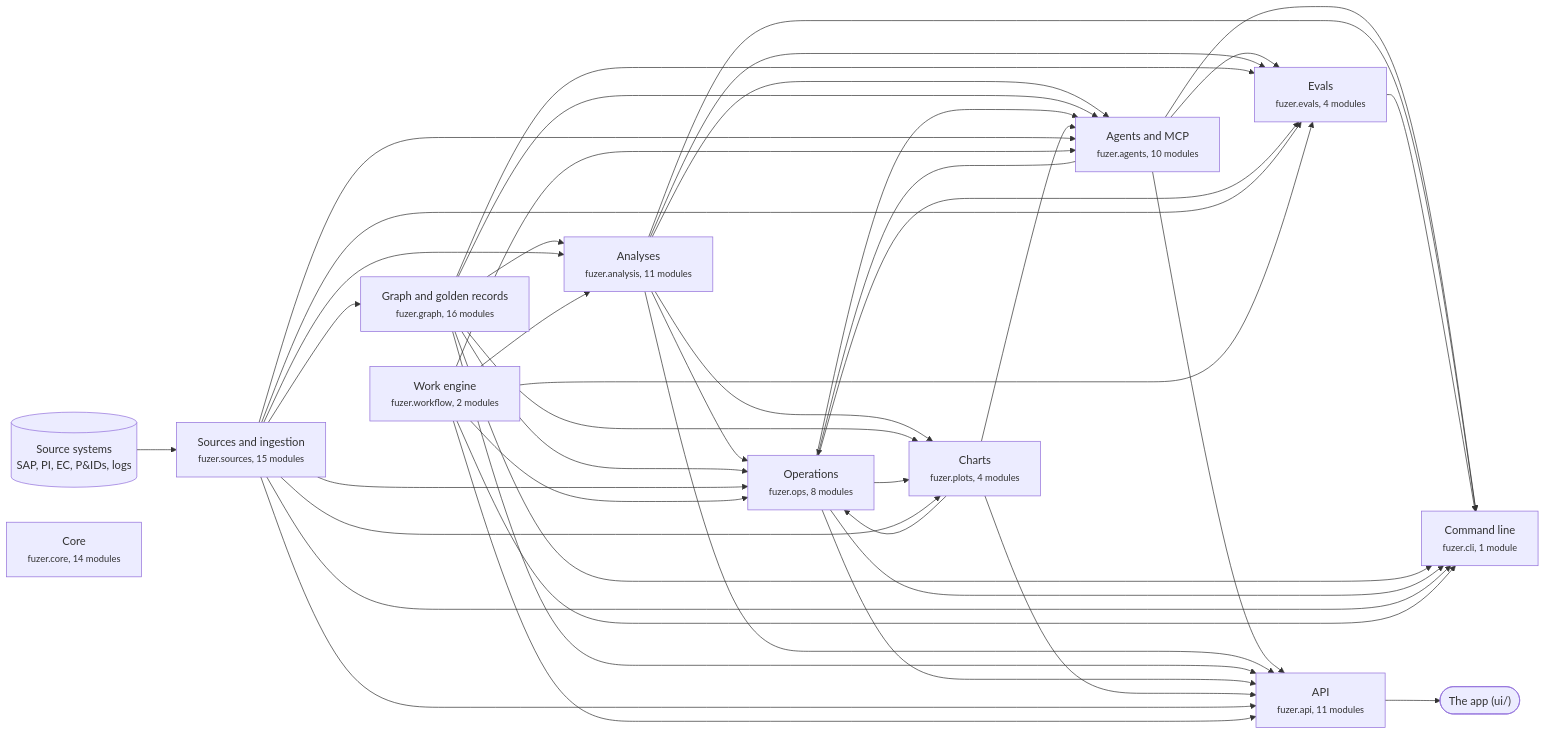
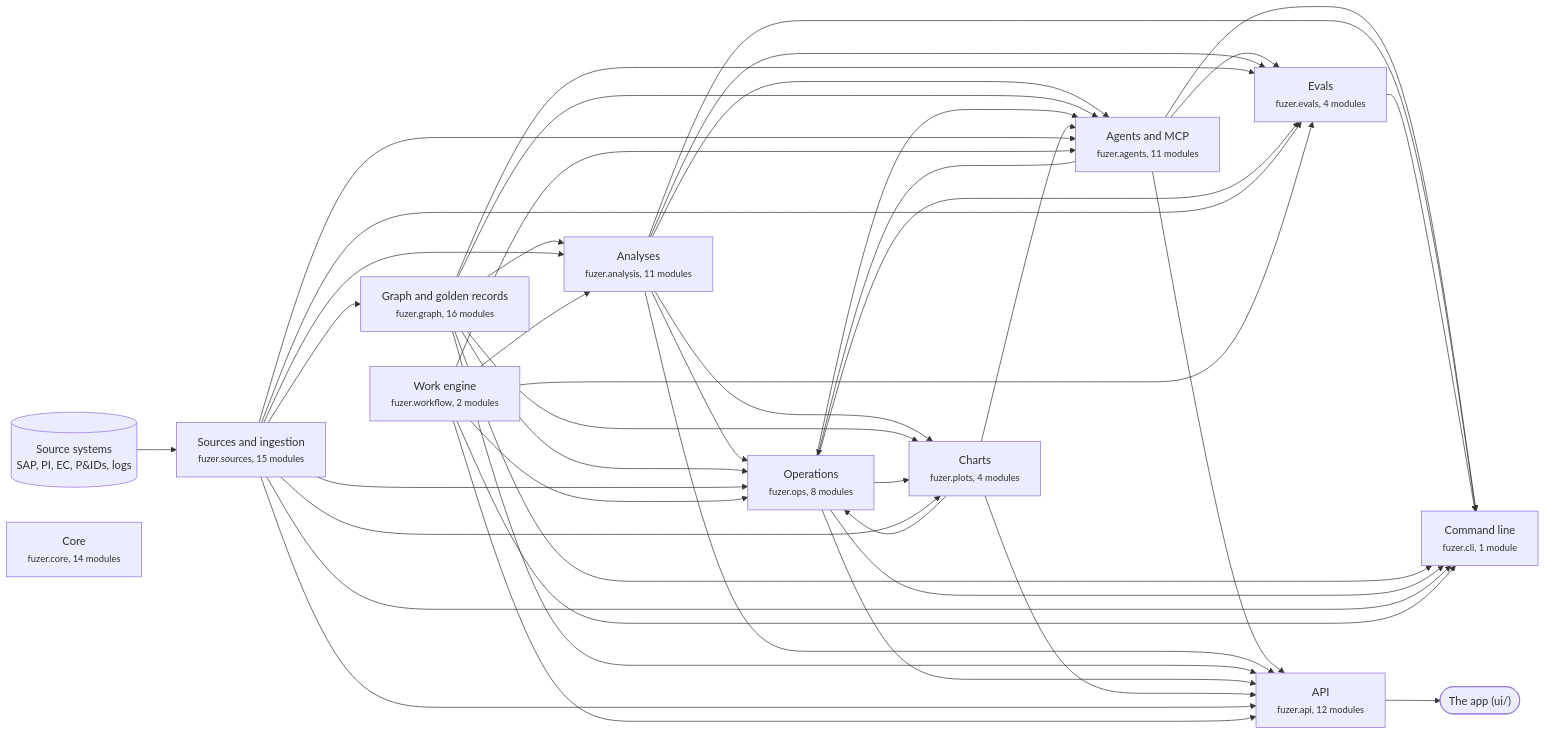
One commit to areed145/fuzer changed the first of 3 diagrams in docs/architecture.md. Above: the diagram before and after it, drawn with Mermaid. The commit also changed other lines of this file and 12 other files, not shown here.

````diff
--- a/docs/architecture.md
+++ b/docs/architecture.md
@@ -8,68 +8,68 @@
 ```mermaid
 flowchart LR
   systems[("Source systems<br>SAP, PI, EC, P&IDs, logs")] --> c_sources
   app(["The app (ui/)"])
   c_api --> app
   c_sources["Sources and ingestion<br><small>fuzer.sources, 15 modules</small>"]
   c_graph["Graph and golden records<br><small>fuzer.graph, 16 modules</small>"]
   c_analysis["Analyses<br><small>fuzer.analysis, 11 modules</small>"]
   c_ops["Operations<br><small>fuzer.ops, 8 modules</small>"]
   c_plots["Charts<br><small>fuzer.plots, 4 modules</small>"]
   c_workflow["Work engine<br><small>fuzer.workflow, 2 modules</small>"]
-  c_agents["Agents and MCP<br><small>fuzer.agents, 10 modules</small>"]
+  c_agents["Agents and MCP<br><small>fuzer.agents, 11 modules</small>"]
   c_evals["Evals<br><small>fuzer.evals, 4 modules</small>"]
-  c_api["API<br><small>fuzer.api, 11 modules</small>"]
+  c_api["API<br><small>fuzer.api, 12 modules</small>"]
   c_cli["Command line<br><small>fuzer.cli, 1 module</small>"]
   c_core["Core<br><small>fuzer.core, 14 modules</small>"]
   c_sources --> c_graph
   c_graph --> c_analysis
   c_sources --> c_analysis
   c_workflow --> c_analysis
   c_agents --> c_ops
   c_analysis --> c_ops
   c_graph --> c_ops
   c_plots --> c_ops
   c_sources --> c_ops
   c_workflow --> c_ops
   c_analysis --> c_plots
   c_graph --> c_plots
   c_ops --> c_plots
   c_sources --> c_plots
   c_analysis --> c_agents
   c_graph --> c_agents
   c_ops --> c_agents
   c_plots --> c_agents
   c_sources --> c_agents
   c_workflow --> c_agents
   c_agents --> c_evals
   c_analysis --> c_evals
   c_graph --> c_evals
   c_ops --> c_evals
   c_sources --> c_evals
   c_workflow --> c_evals
   c_agents --> c_api
   c_analysis --> c_api
   c_graph --> c_api
   c_ops --> c_api
   c_plots --> c_api
   c_sources --> c_api
   c_workflow --> c_api
   c_agents --> c_cli
   c_analysis --> c_cli
   c_evals --> c_cli
   c_graph --> c_cli
   c_ops --> c_cli
   c_sources --> c_cli
   c_workflow --> c_cli
   click c_sources "https://github.com/areed145/fuzer/tree/main/src/fuzer/sources"
   click c_graph "https://github.com/areed145/fuzer/tree/main/src/fuzer/graph"
   click c_analysis "https://github.com/areed145/fuzer/tree/main/src/fuzer/analysis"
   click c_ops "https://github.com/areed145/fuzer/tree/main/src/fuzer/ops"
   click c_plots "https://github.com/areed145/fuzer/tree/main/src/fuzer/plots"
   click c_workflow "https://github.com/areed145/fuzer/tree/main/src/fuzer/workflow"
   click c_agents "https://github.com/areed145/fuzer/tree/main/src/fuzer/agents"
   click c_evals "https://github.com/areed145/fuzer/tree/main/src/fuzer/evals"
   click c_api "https://github.com/areed145/fuzer/tree/main/src/fuzer/api"
   click c_cli "https://github.com/areed145/fuzer/tree/main/src/fuzer/cli"
   click c_core "https://github.com/areed145/fuzer/tree/main/src/fuzer/core"
 ```
````
